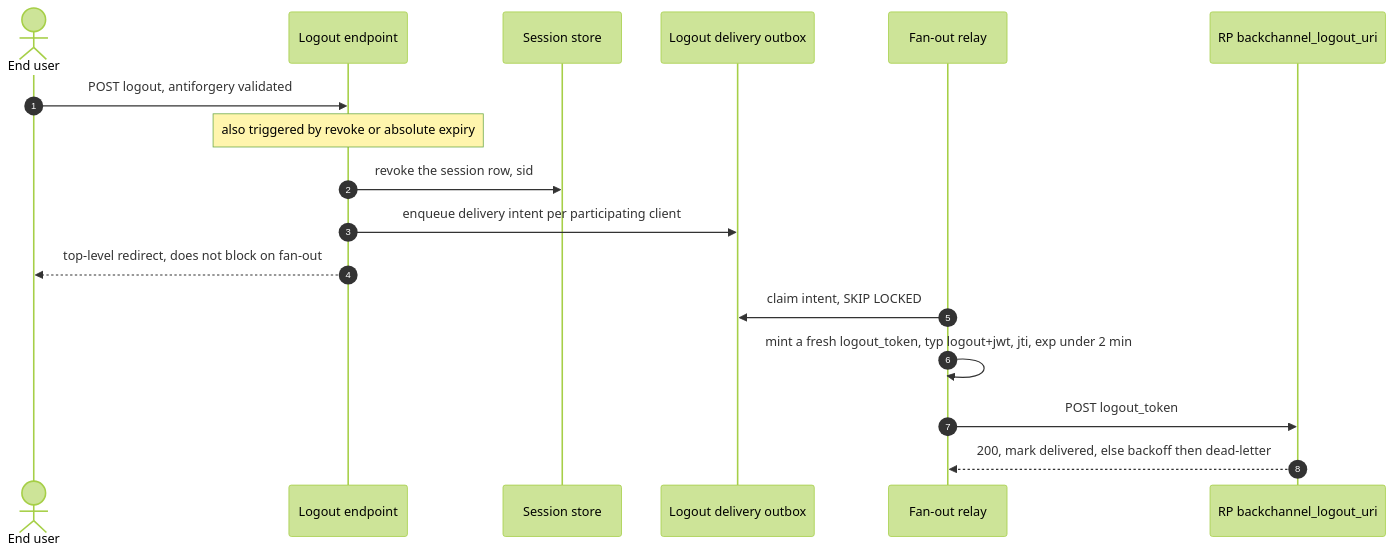
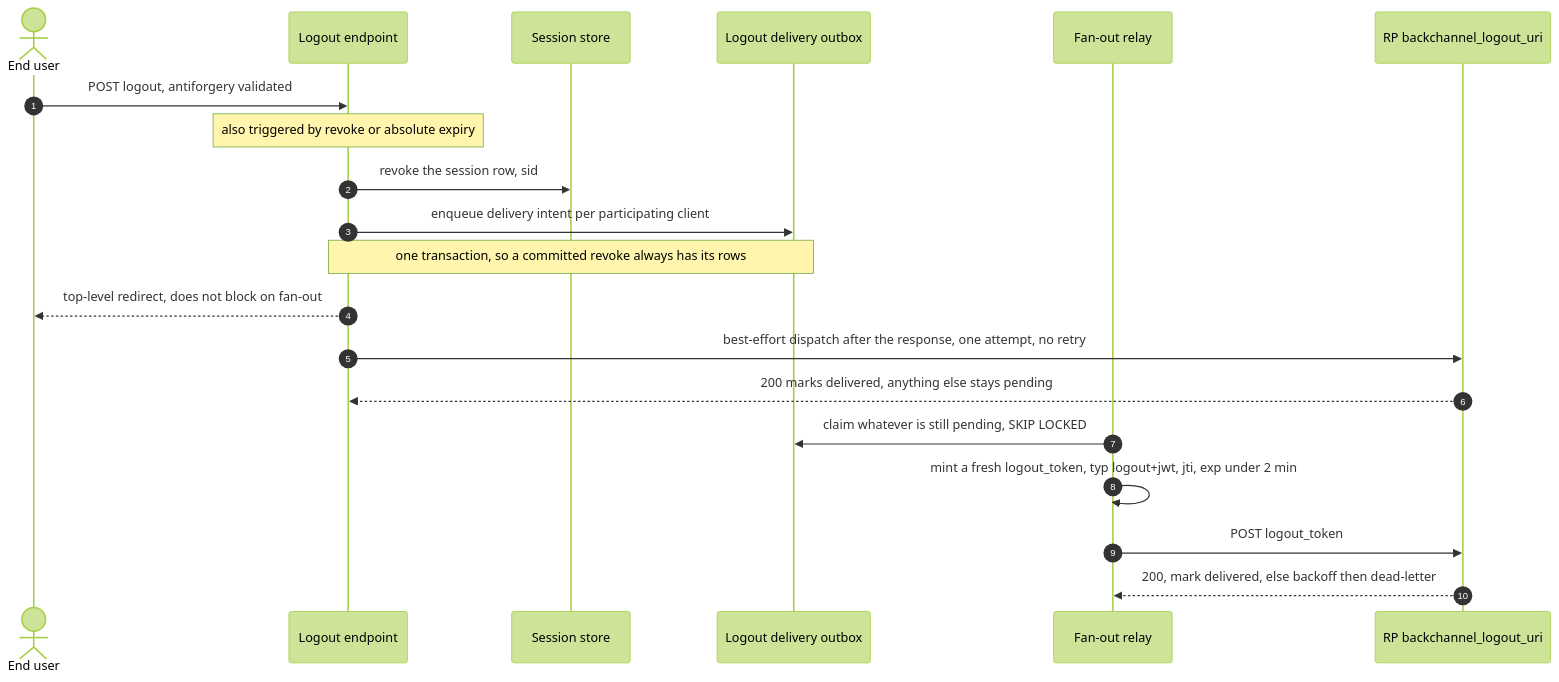
One commit to namphuongtran/nami changed diagram 14 of 16 in docs/architecture/09-runtime-flow-views.md. Above: the diagram before and after it, drawn with Mermaid (forest theme). The commit also changed other lines of this file and 5 other files, not shown here.

````diff
--- a/docs/architecture/09-runtime-flow-views.md
+++ b/docs/architecture/09-runtime-flow-views.md
@@ -648,19 +648,22 @@
 ```mermaid
 sequenceDiagram
   autonumber
   actor U as End user
   participant LO as Logout endpoint
   participant SS as Session store
   participant OB as Logout delivery outbox
   participant RB as Fan-out relay
   participant RP as RP backchannel_logout_uri
   U->>LO: POST logout, antiforgery validated
   Note over LO: also triggered by revoke or absolute expiry
   LO->>SS: revoke the session row, sid
   LO->>OB: enqueue delivery intent per participating client
+  Note over LO,OB: one transaction, so a committed revoke always has its rows
   LO-->>U: top-level redirect, does not block on fan-out
-  RB->>OB: claim intent, SKIP LOCKED
+  LO->>RP: best-effort dispatch after the response, one attempt, no retry
+  RP-->>LO: 200 marks delivered, anything else stays pending
+  RB->>OB: claim whatever is still pending, SKIP LOCKED
   RB->>RB: mint a fresh logout_token, typ logout+jwt, jti, exp under 2 min
   RB->>RP: POST logout_token
   RP-->>RB: 200, mark delivered, else backoff then dead-letter
 ```
````
